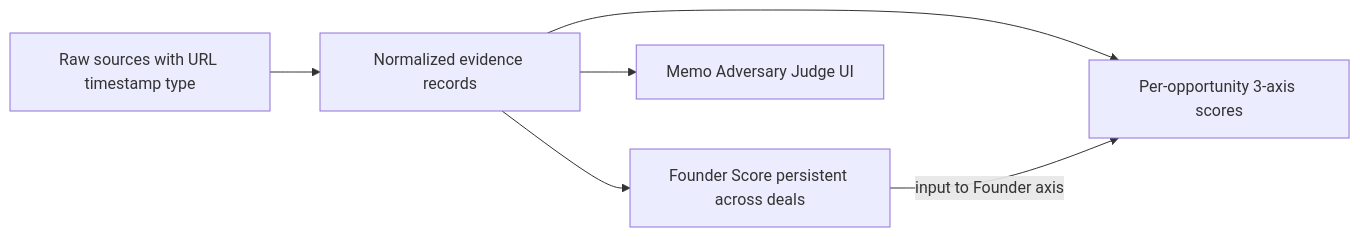
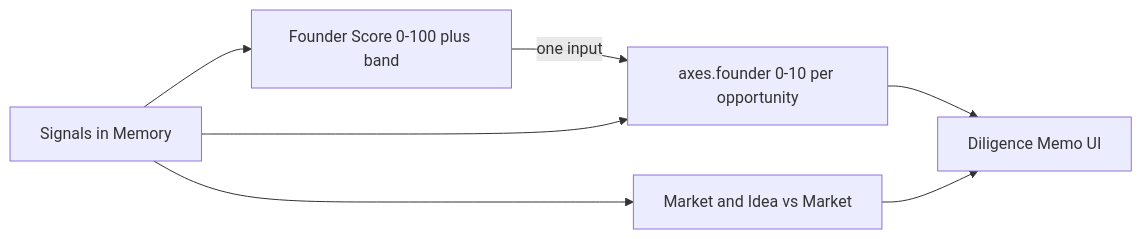
The fourth of 8 diagrams in Plan.md (YagizSeymen/testtry), drawn with Mermaid before and after one commit. The commit also changed other lines of this file, not shown here.

````diff
--- a/Plan.md
+++ b/Plan.md
@@ -195,14 +198,15 @@
 ```mermaid
 flowchart LR
-  Raw[Raw sources with URL timestamp type]
-  Norm[Normalized evidence records]
-  FounderScore[Founder Score persistent across deals]
-  Opportunity[Per-opportunity 3-axis scores]
-  Consumers[Memo Adversary Judge UI]
+  Signals[Signals in Memory]
+  FounderScore[Founder Score 0-100 plus band]
+  FounderAxis[axes.founder 0-10 per opportunity]
+  OtherAxes[Market and Idea vs Market]
+  Consumers[Diligence Memo UI]
 
-  Raw --> Norm
-  Norm --> FounderScore
-  Norm --> Opportunity
-  Norm --> Consumers
-  FounderScore -->|"input to Founder axis"| Opportunity
+  Signals --> FounderScore
+  FounderScore -->|"one input"| FounderAxis
+  Signals --> FounderAxis
+  Signals --> OtherAxes
+  FounderAxis --> Consumers
+  OtherAxes --> Consumers
 ```
````
